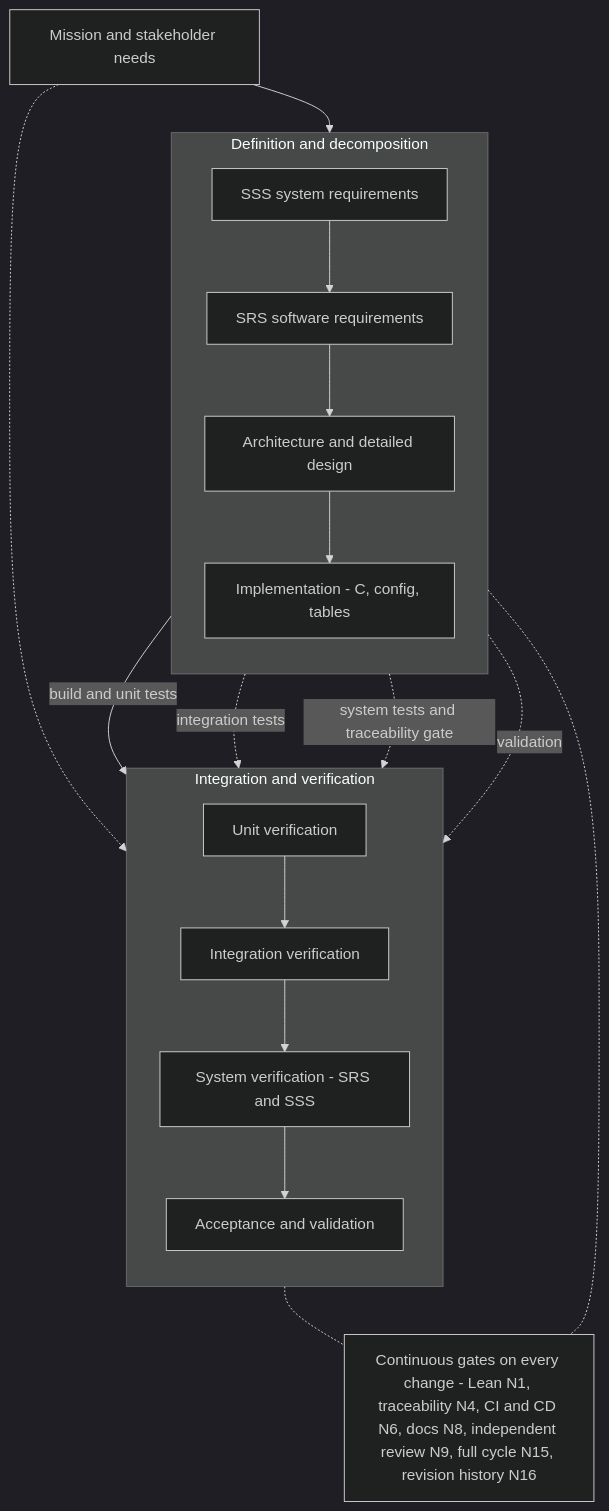
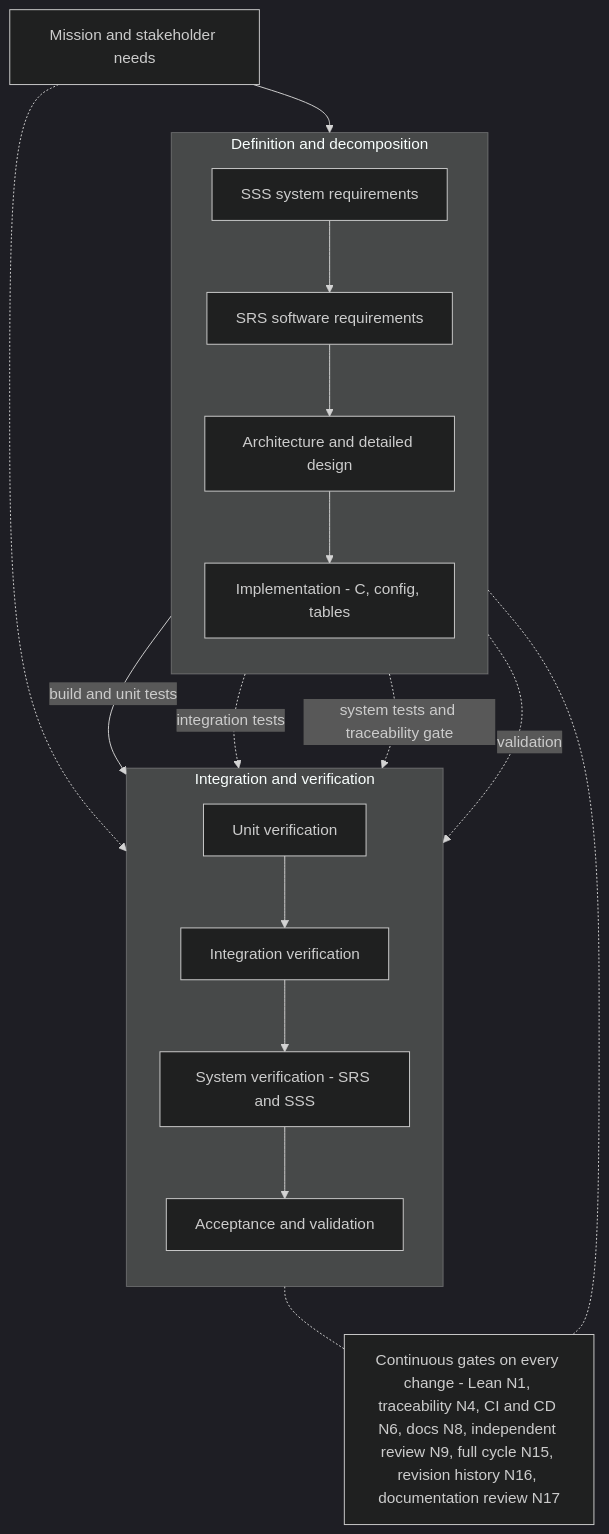
Before and after one commit to ilfrick/frick-fsw: the first of 2 diagrams in docs/vv/verification-plan.md, drawn with Mermaid (dark theme). The commit also changed other lines of this file and 58 other files, not shown here.

````diff
--- a/docs/vv/verification-plan.md
+++ b/docs/vv/verification-plan.md
@@ -35,32 +35,32 @@
 ```mermaid
 flowchart TB
     NEED["Mission and stakeholder needs"]
 
     subgraph LEFT["Definition and decomposition"]
         direction TB
         SSS["SSS system requirements"]
         SRS["SRS software requirements"]
         DES["Architecture and detailed design"]
         IMP["Implementation - C, config, tables"]
     end
 
     subgraph RIGHT["Integration and verification"]
         direction TB
         ACC["Acceptance and validation"]
         SYST["System verification - SRS and SSS"]
         INT["Integration verification"]
         UNIT["Unit verification"]
     end
 
     NEED --> SSS --> SRS --> DES --> IMP
     UNIT --> INT --> SYST --> ACC
     IMP -->|"build and unit tests"| UNIT
     DES -.->|"integration tests"| INT
     SRS -.->|"system tests and traceability gate"| SYST
     SSS -.->|"validation"| ACC
     NEED -.-> ACC
 
-    GATES["Continuous gates on every change - Lean N1, traceability N4, CI and CD N6, docs N8, independent review N9, full cycle N15, revision history N16"]
+    GATES["Continuous gates on every change - Lean N1, traceability N4, CI and CD N6, docs N8, independent review N9, full cycle N15, revision history N16, documentation review N17"]
     IMP -.- GATES
     ACC -.- GATES
 ```
````
